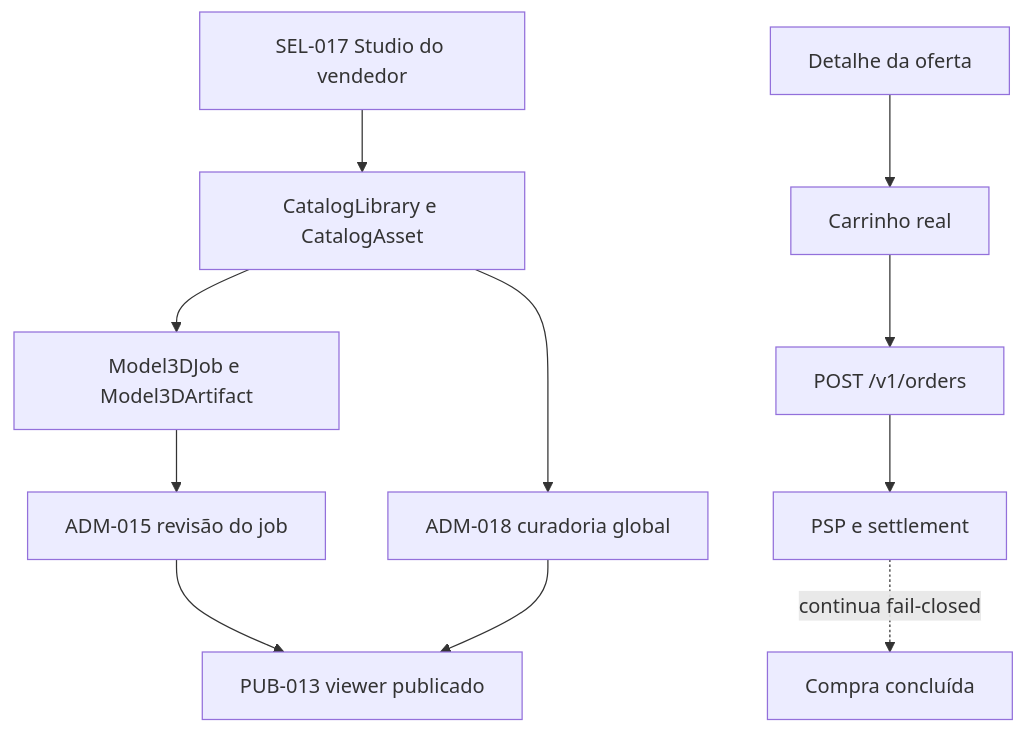
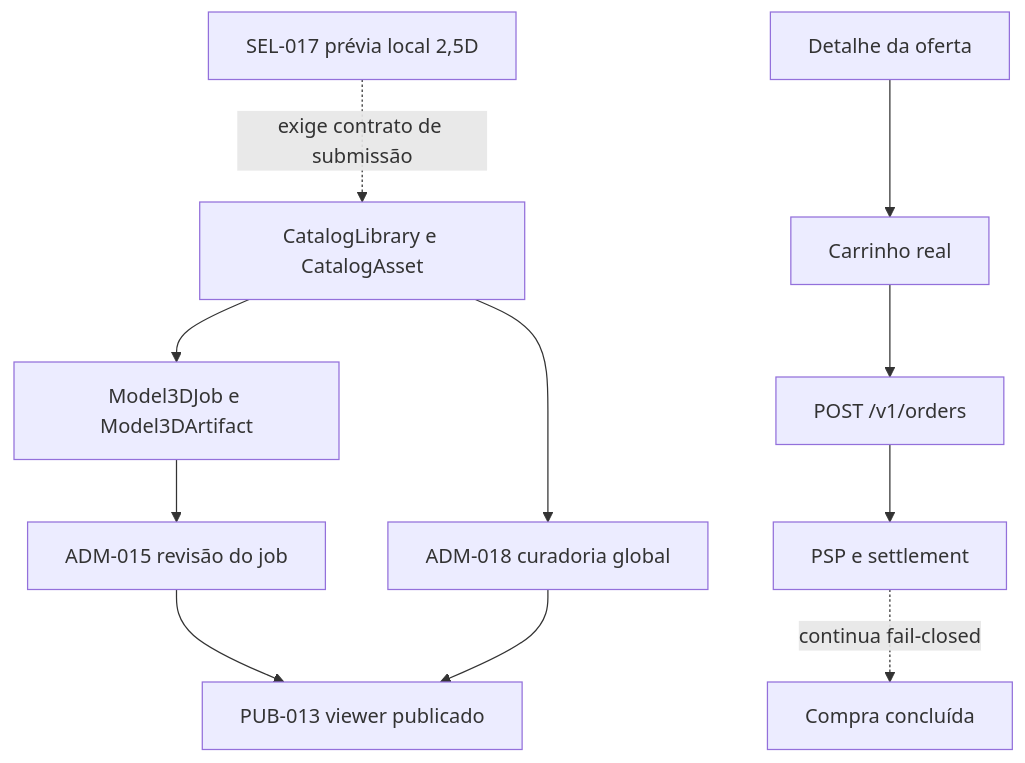
Before and after one commit to ehrodan/MARKEPLACE: the second of 2 diagrams in docs/coordenacao/RELATORIO-TELAS-FALTANTES-2026-08-25.md, drawn with Mermaid. The commit also changed other lines of this file and 109 other files, not shown here.

````diff
--- a/docs/coordenacao/RELATORIO-TELAS-FALTANTES-2026-08-25.md
+++ b/docs/coordenacao/RELATORIO-TELAS-FALTANTES-2026-08-25.md
@@ -161,14 +158,14 @@
 ```mermaid
 flowchart TD
-  S17[SEL-017 Studio do vendedor] --> C[CatalogLibrary e CatalogAsset]
+  S17[SEL-017 prévia local 2,5D] -. exige contrato de submissão .-> C[CatalogLibrary e CatalogAsset]
   C --> J[Model3DJob e Model3DArtifact]
   J --> A15[ADM-015 revisão do job]
   C --> A18[ADM-018 curadoria global]
   A15 --> PUB13[PUB-013 viewer publicado]
   A18 --> PUB13
 
   DETAIL[Detalhe da oferta] --> CART[Carrinho real]
   CART --> ORDER[POST /v1/orders]
   ORDER --> PAY[PSP e settlement]
   PAY -. continua fail-closed .-> LIVE[Compra concluída]
 ```
````
